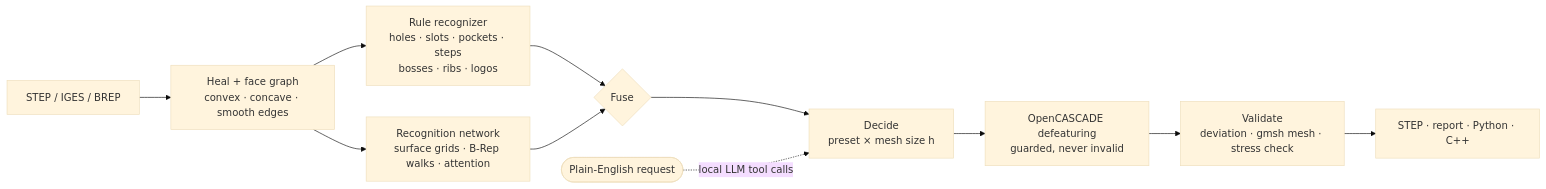
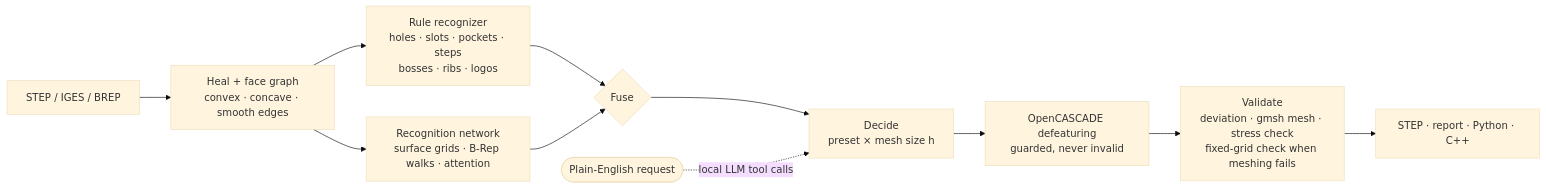
One commit to Harishik/defeat-cad changed the diagram in README.md. Above: the diagram before and after it, drawn with Mermaid (base theme). The commit also changed other lines of this file and 31 other files, not shown here.

First line of the commit message:
Grid stress check, honest removal counts, exact script export, faster runs

````diff
--- a/README.md
+++ b/README.md
@@ -65,13 +65,13 @@
 ```mermaid
 flowchart LR
     A[STEP / IGES / BREP] --> B[Heal + face graph<br/>convex · concave · smooth edges]
     B --> C[Rule recognizer<br/>holes · slots · pockets · steps<br/>bosses · ribs · logos]
     B --> D[Recognition network<br/>surface grids · B-Rep walks · attention]
     C --> E{Fuse}
     D --> E
     E --> F[Decide<br/>preset × mesh size h]
     F --> G[OpenCASCADE defeaturing<br/>guarded, never invalid]
-    G --> H[Validate<br/>deviation · gmsh mesh · stress check]
+    G --> H[Validate<br/>deviation · gmsh mesh · stress check<br/>fixed-grid check when meshing fails]
     H --> I[STEP · report · Python · C++]
     J([Plain-English request]) -. local LLM tool calls .-> F
 ```
````
